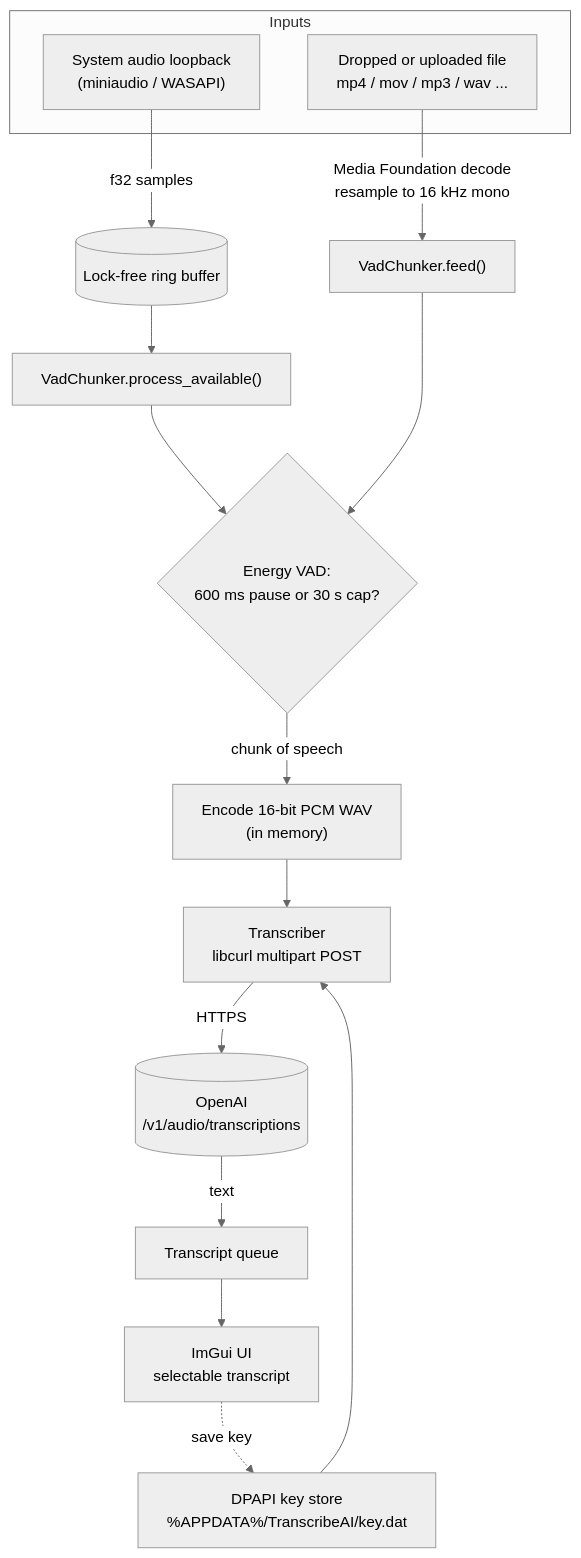
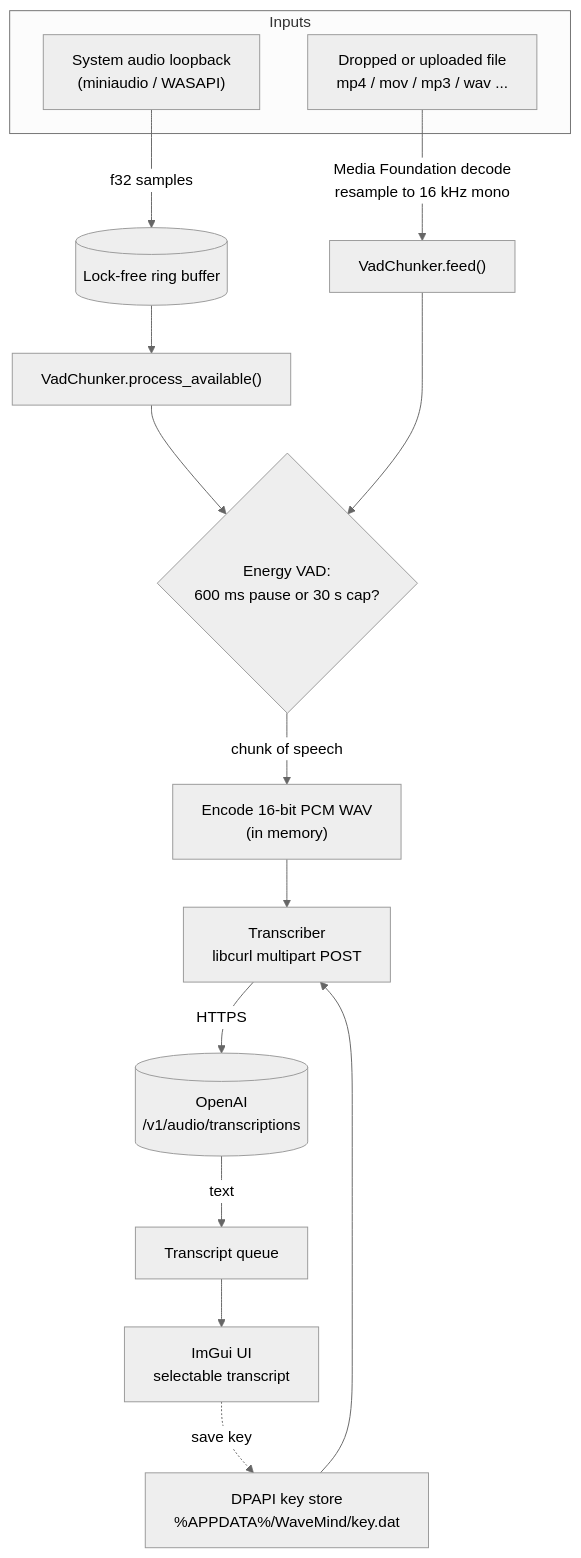
The first of 2 diagrams in README.md (weegienamja/WaveMind), drawn with Mermaid (neutral theme) before and after one commit. The commit also changed other lines of this file and 7 other files, not shown here.

First line of the commit message:
Rename app from TranscribeAI to WaveMind

````diff
--- a/README.md
+++ b/README.md
@@ -35,22 +35,22 @@
 ```mermaid
 flowchart TD
     subgraph Inputs
         A["System audio loopback<br/>(miniaudio / WASAPI)"]
         B["Dropped or uploaded file<br/>mp4 / mov / mp3 / wav ..."]
     end
 
     A -->|f32 samples| RB[("Lock-free ring buffer")]
     B -->|"Media Foundation decode<br/>resample to 16 kHz mono"| FEED["VadChunker.feed()"]
     RB --> PROC["VadChunker.process_available()"]
 
     PROC --> VAD{"Energy VAD:<br/>600 ms pause or 30 s cap?"}
     FEED --> VAD
     VAD -->|chunk of speech| WAV["Encode 16-bit PCM WAV<br/>(in memory)"]
     WAV --> TR["Transcriber<br/>libcurl multipart POST"]
     TR -->|HTTPS| OAI[("OpenAI<br/>/v1/audio/transcriptions")]
     OAI -->|text| Q["Transcript queue"]
     Q --> UI["ImGui UI<br/>selectable transcript"]
 
-    KS["DPAPI key store<br/>%APPDATA%/TranscribeAI/key.dat"] --> TR
+    KS["DPAPI key store<br/>%APPDATA%/WaveMind/key.dat"] --> TR
     UI -.->|save key| KS
 ```
````
